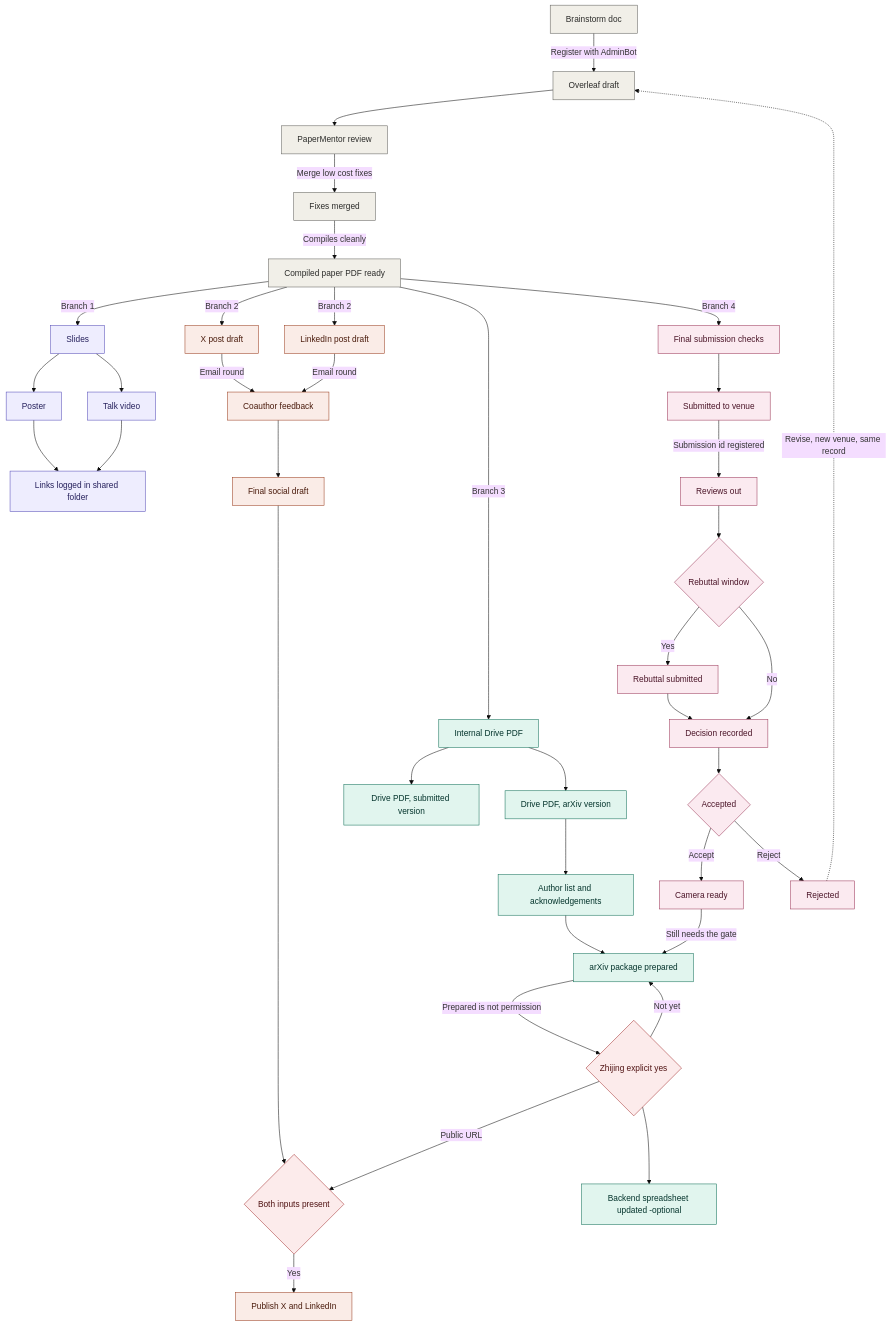
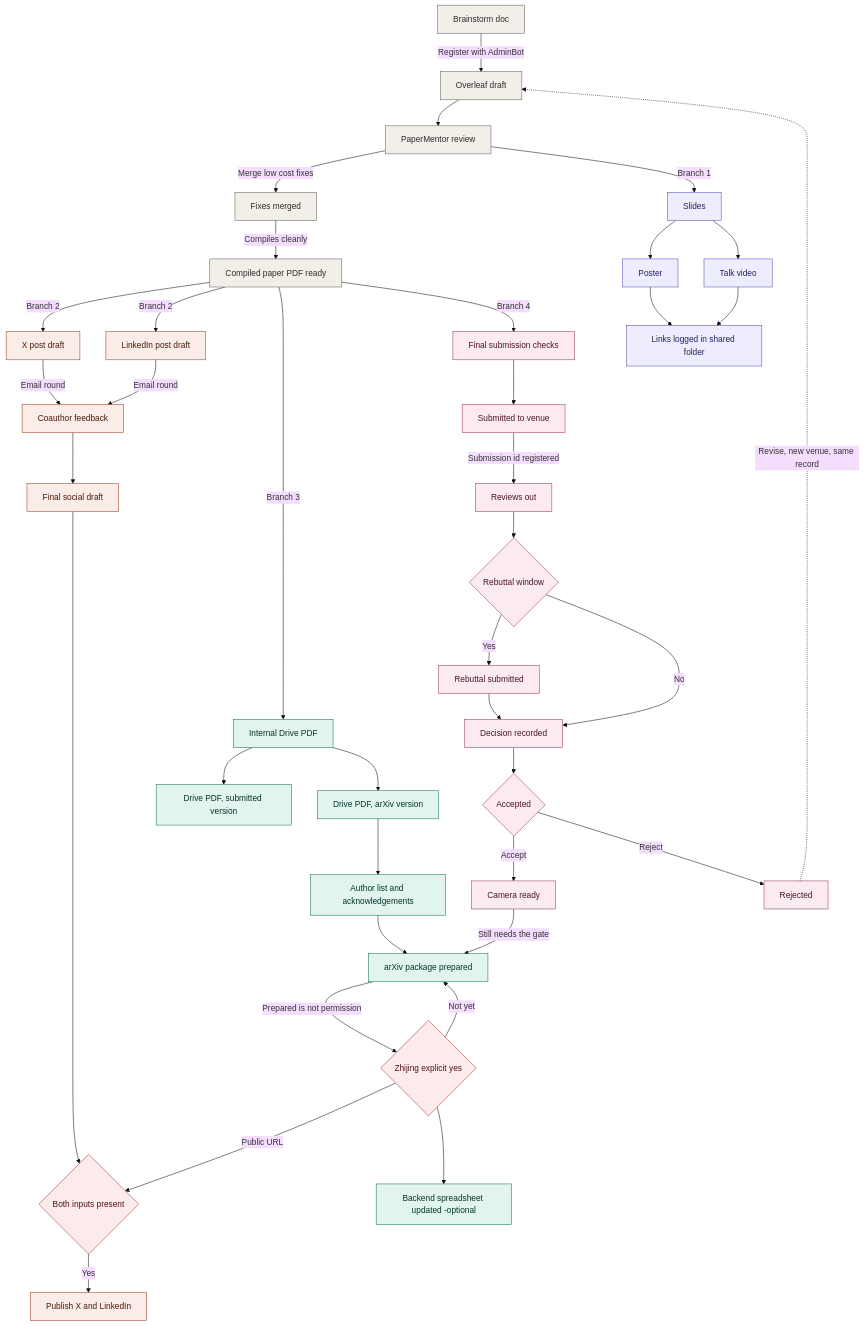
One commit to akhkim/adminbot changed the diagram in openclaw-adminbot/packages/nudge-engine/docs/nudge_logic.md. Above: the diagram before and after it, drawn with Mermaid (base theme). The commit also changed 6 other files, not shown here.

````diff
--- a/openclaw-adminbot/packages/nudge-engine/docs/nudge_logic.md
+++ b/openclaw-adminbot/packages/nudge-engine/docs/nudge_logic.md
@@ -47,60 +47,60 @@
 ```mermaid
 flowchart TD
     BR[Brainstorm doc] -->|Register with AdminBot| OV[Overleaf draft]
     OV --> PM[PaperMentor review]
     PM -->|Merge low cost fixes| FX[Fixes merged]
     FX -->|Compiles cleanly| PDF[Compiled paper PDF ready]
 
-    PDF -->|Branch 1| SL[Slides]
+    PM -->|Branch 1| SL[Slides]
     PDF -->|Branch 2| XD[X post draft]
     PDF -->|Branch 2| LI[LinkedIn post draft]
     PDF -->|Branch 3| DR[Internal Drive PDF]
     PDF -->|Branch 4| CK[Final submission checks]
 
     SL --> PO[Poster]
     SL --> TV[Talk video]
     PO --> LG[Links logged in shared folder]
     TV --> LG
 
     XD -->|Email round| CP[Coauthor feedback]
     LI -->|Email round| CP
     CP --> SF[Final social draft]
 
     DR --> DS[Drive PDF, submitted version]
     DR --> DA[Drive PDF, arXiv version]
     DA --> AK[Author list and acknowledgements]
     AK --> PK[arXiv package prepared]
     PK -->|Prepared is not permission| GT{Zhijing explicit yes}
     GT -->|Not yet| PK
     GT -->|Public URL| JN
     GT --> BE[Backend spreadsheet updated -optional]
 
     CK --> SB[Submitted to venue]
     SB -->|Submission id registered| RV[Reviews out]
     RV --> RB{Rebuttal window}
     RB -->|Yes| RS[Rebuttal submitted]
     RB -->|No| DC[Decision recorded]
     RS --> DC
     DC --> AC{Accepted}
     AC -->|Accept| CM[Camera ready]
     AC -->|Reject| RJ[Rejected]
     CM -->|Still needs the gate| PK
     RJ -.->|Revise, new venue, same record| OV
 
     SF --> JN{Both inputs present}
     JN -->|Yes| PS[Publish X and LinkedIn]
 
     classDef pres fill:#EEEDFE,stroke:#534AB7,color:#26215C
     classDef soc fill:#FAECE7,stroke:#993C1D,color:#4A1B0C
     classDef rel fill:#E1F5EE,stroke:#0F6E56,color:#04342C
     classDef conf fill:#FBEAF0,stroke:#993556,color:#4B1528
     classDef gate fill:#FCEBEB,stroke:#A32D2D,color:#501313
     classDef hub fill:#F1EFE8,stroke:#5F5E5A,color:#2C2C2A
 
     class BR,OV,PM,FX,PDF hub
     class SL,PO,TV,LG pres
     class XD,LI,CP,SF,PS soc
     class DR,DS,DA,AK,PK,BE rel
     class CK,SB,RV,RB,RS,DC,AC,CM,RJ conf
     class GT,JN gate
 ```
````
